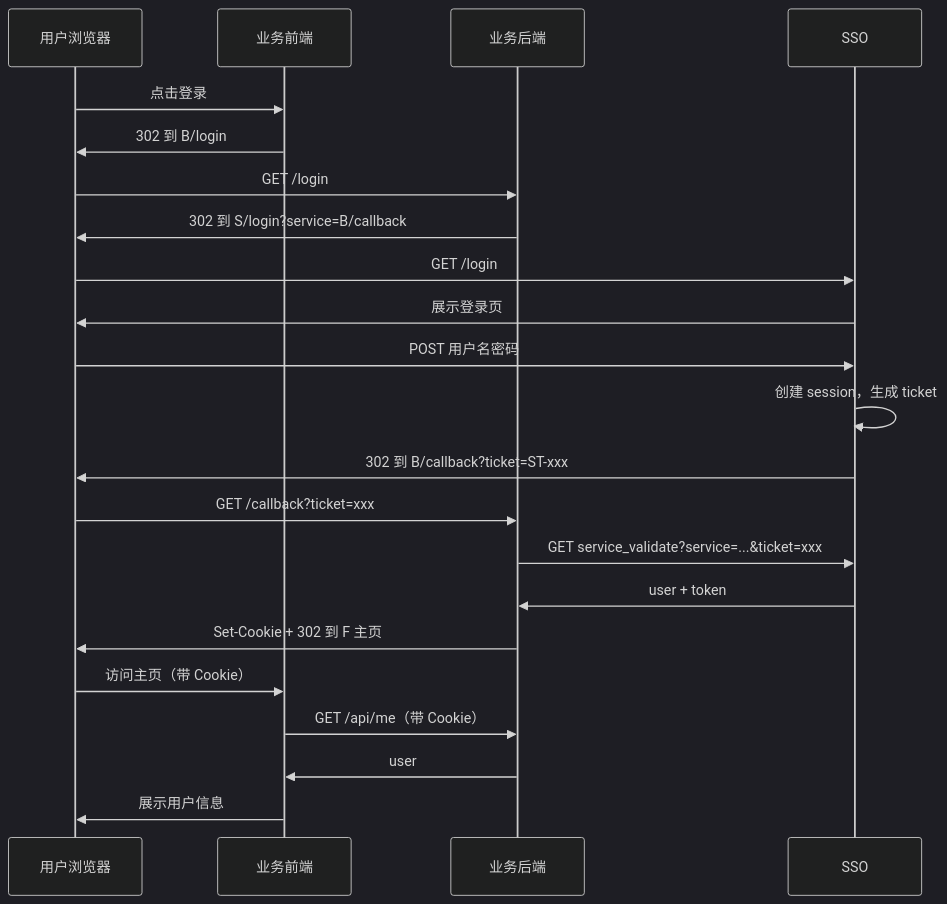
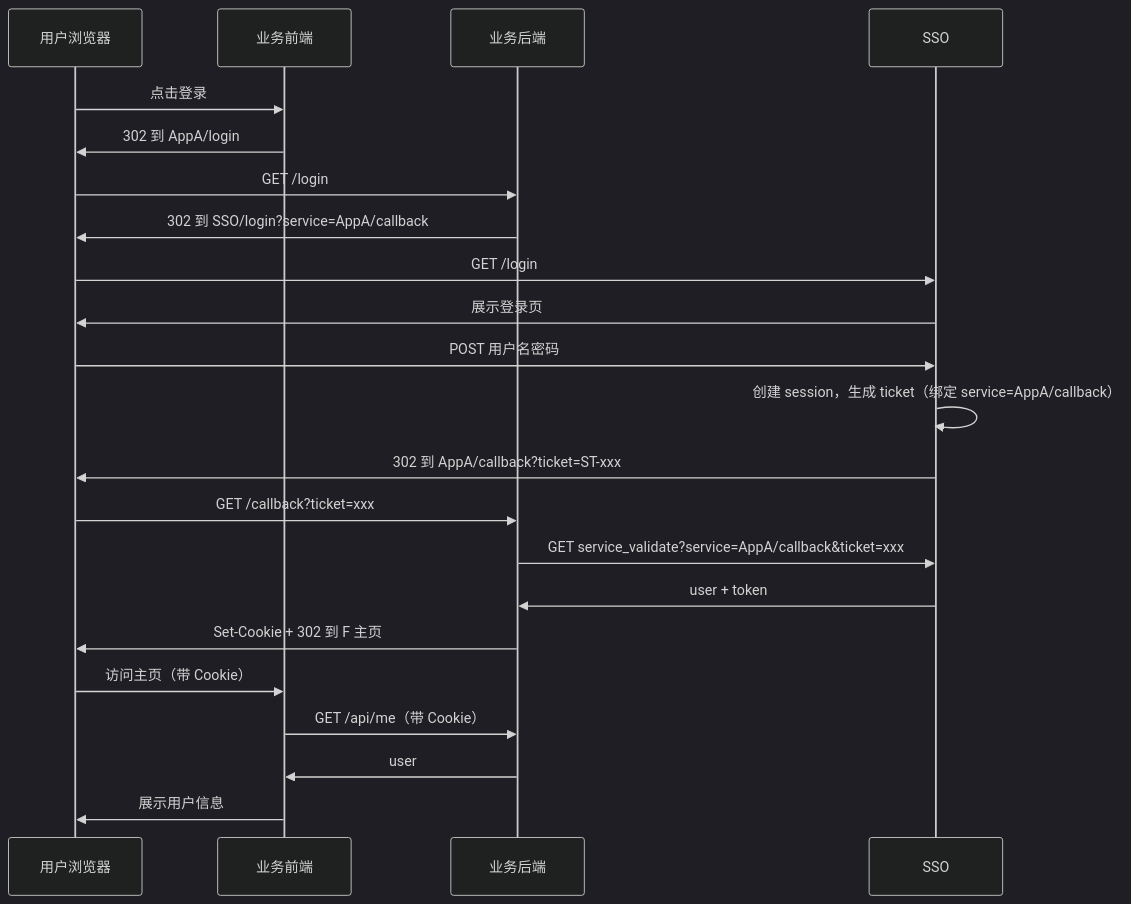
Before and after one commit to gw-gong/demo: the first of 3 diagrams in sso/README.md, drawn with Mermaid (dark theme). The commit also changed other lines of this file and 5 other files, not shown here.

````diff
--- a/sso/README.md
+++ b/sso/README.md
@@ -88,25 +92,25 @@
 ```mermaid
 sequenceDiagram
   participant U as 用户浏览器
   participant F as 业务前端
   participant B as 业务后端
   participant S as SSO
 
   U->>F: 点击登录
-  F->>U: 302 到 B/login
+  F->>U: 302 到 AppA/login
   U->>B: GET /login
-  B->>U: 302 到 S/login?service=B/callback
+  B->>U: 302 到 SSO/login?service=AppA/callback
   U->>S: GET /login
   S->>U: 展示登录页
   U->>S: POST 用户名密码
-  S->>S: 创建 session，生成 ticket
-  S->>U: 302 到 B/callback?ticket=ST-xxx
+  S->>S: 创建 session，生成 ticket（绑定 service=AppA/callback）
+  S->>U: 302 到 AppA/callback?ticket=ST-xxx
   U->>B: GET /callback?ticket=xxx
-  B->>S: GET service_validate?service=...&ticket=xxx
+  B->>S: GET service_validate?service=AppA/callback&ticket=xxx
   S->>B: user + token
   B->>U: Set-Cookie + 302 到 F 主页
   U->>F: 访问主页（带 Cookie）
   F->>B: GET /api/me（带 Cookie）
   B->>F: user
   F->>U: 展示用户信息
 ```
````
